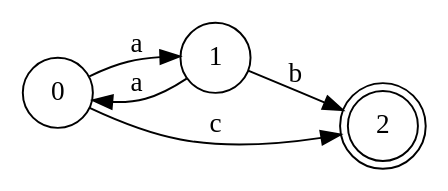
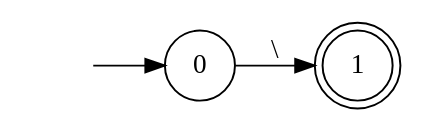
One commit to gcastigl/ATLC2011C2_TP1 changed the diagram in resources/dot_automatas/af1.dot. Above: the diagram before and after it, drawn with Graphviz. The commit also changed 1 other file, not shown here.

```diff
--- a/resources/dot_automatas/af1.dot
+++ b/resources/dot_automatas/af1.dot
@@ -1,12 +1,11 @@
 digraph{
-rankdir = "LR";
-//Nodos
-node[shape=circle] Node0 [label="0"];
-node[shape=circle] Node1 [label="1"];
-node[shape=doublecircle] Node2 [label="2"];
-//Transiciones
-Node0->Node1 [label="a"];
-Node1->Node0 [label="a"];
-Node0->Node2 [label="c"];
-Node1->Node2 [label="b"];
+	rankdir="LR";
+	//Nodos
+	node[shape=circle, color=white] NodeA [label=""];
+	node[shape=circle, color=black] Node0 [label="0"];
+	node[shape=doublecircle] Node1 [label="1"];
+	//Transiciones
+	NodeA->Node0 [label=""];
+	Node0->Node1 [label="\\"];
+	
 }
```
